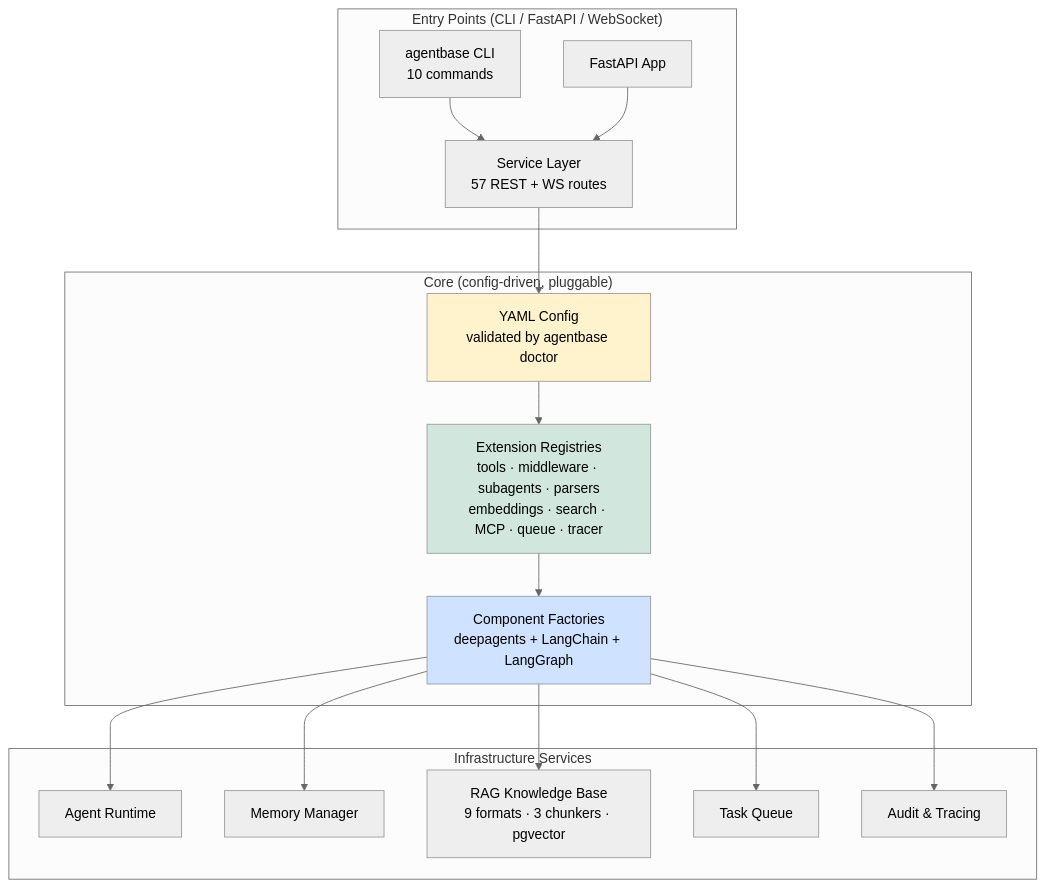
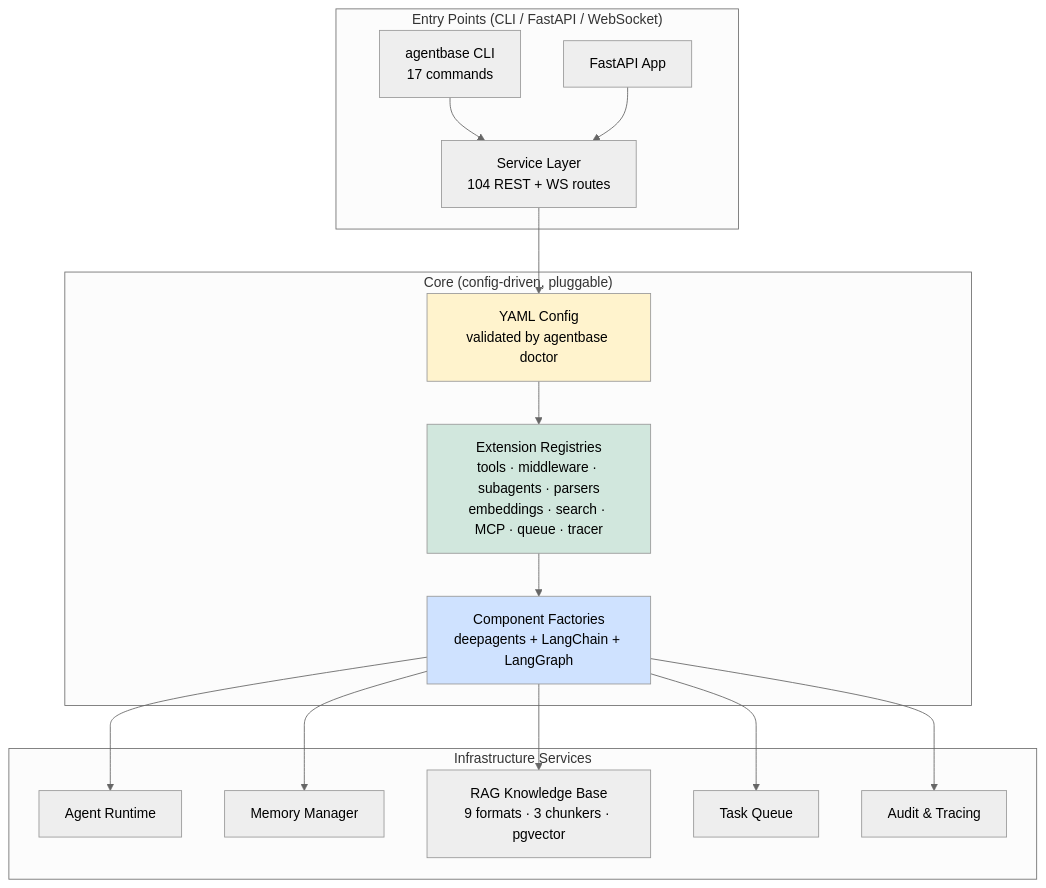
Before and after one commit to LPK3215/agentbase: the diagram in README.md, drawn with Mermaid (neutral theme). The commit also changed other lines of this file and 7 other files, not shown here.

Commit message:
docs: sync all docs and configs — README (104 routes, 2686 tests, 79% coverage), CHANGELOG (Unreleased), ROADMAP (all modules done), backend-boundaries (16 sections updated), core-services, .env.example (OAuth2 vars), configs/default.yaml (OAuth2+new services), pyproject.toml (alembic dep)

````diff
--- a/README.md
+++ b/README.md
@@ -34,25 +35,25 @@
 ```mermaid
 graph TD
     subgraph "Entry Points (CLI / FastAPI / WebSocket)"
-        A[agentbase CLI<br/>10 commands] --> C[Service Layer<br/>57 REST + WS routes]
+        A[agentbase CLI<br/>17 commands] --> C[Service Layer<br/>104 REST + WS routes]
         B[FastAPI App] --> C
     end
 
     subgraph "Core (config-driven, pluggable)"
         C --> D[YAML Config<br/>validated by agentbase doctor]
         D --> E[Extension Registries<br/>tools · middleware · subagents · parsers<br/>embeddings · search · MCP · queue · tracer]
         E --> F[Component Factories<br/>deepagents + LangChain + LangGraph]
     end
 
     subgraph "Infrastructure Services"
         F --> G[Agent Runtime]
         F --> H[Memory Manager]
         F --> I[RAG Knowledge Base<br/>9 formats · 3 chunkers · pgvector]
         F --> J[Task Queue]
         F --> K[Audit & Tracing]
     end
 
     style D fill:#fff3cd
     style E fill:#d1e7dd
     style F fill:#cfe2ff
 ```
````
